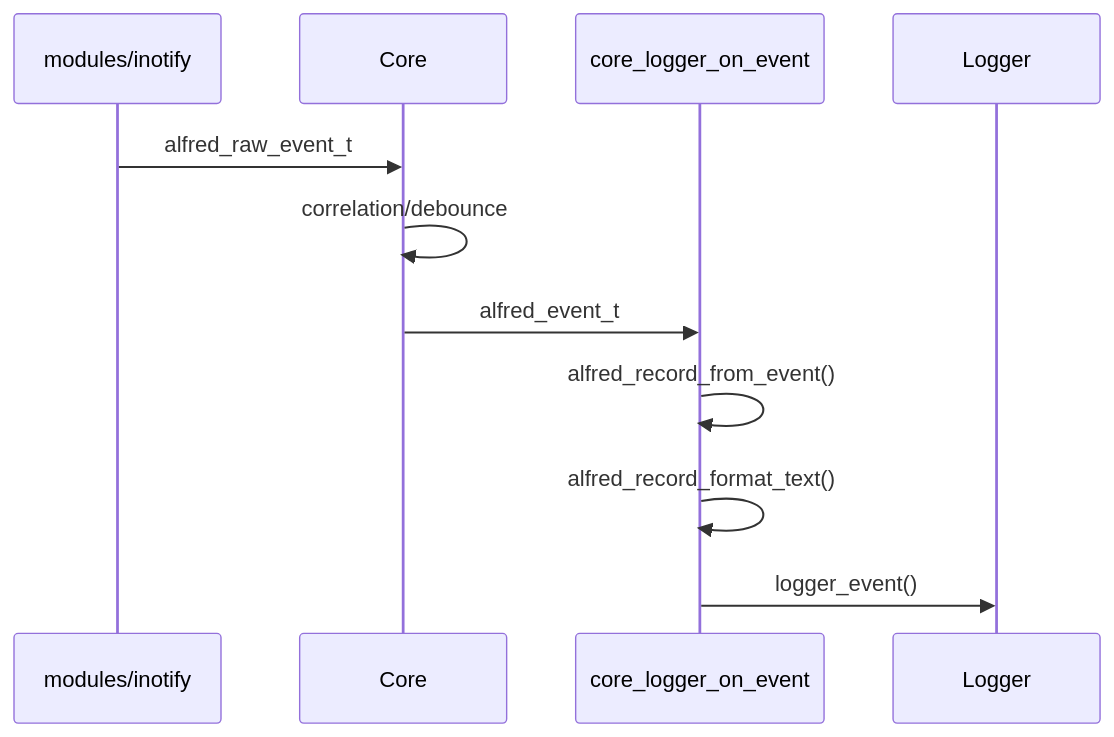
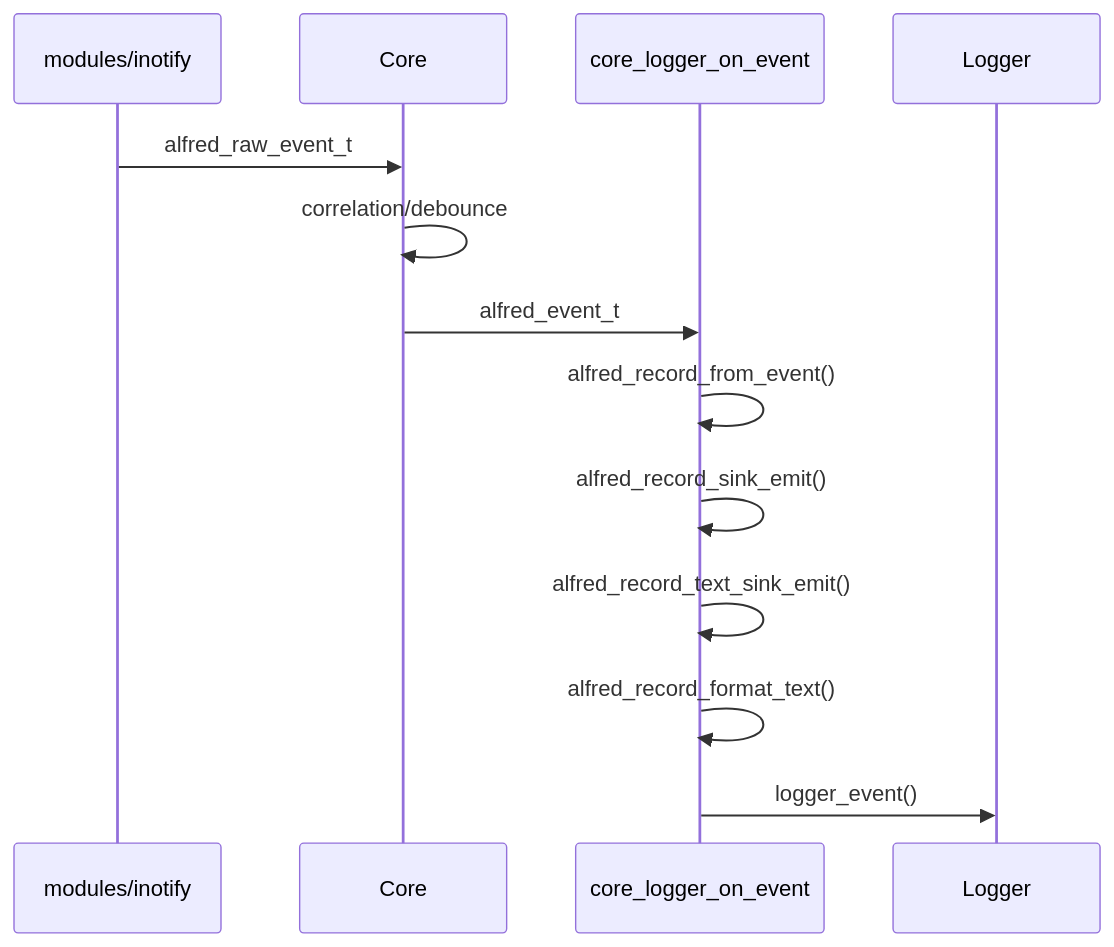
The second of 2 diagrams in docs/it/06-core-engine.md (kinderp/alfred), drawn with Mermaid before and after one commit. The commit also changed other lines of this file and 7 other files, not shown here.

````diff
--- a/docs/it/06-core-engine.md
+++ b/docs/it/06-core-engine.md
@@ -247,14 +256,16 @@
 ```mermaid
 sequenceDiagram
     participant Inotify as modules/inotify
     participant Core
     participant Callback as core_logger_on_event
     participant Logger
 
     Inotify->>Core: alfred_raw_event_t
     Core->>Core: correlation/debounce
     Core->>Callback: alfred_event_t
     Callback->>Callback: alfred_record_from_event()
+    Callback->>Callback: alfred_record_sink_emit()
+    Callback->>Callback: alfred_record_text_sink_emit()
     Callback->>Callback: alfred_record_format_text()
     Callback->>Logger: logger_event()
 ```
````
